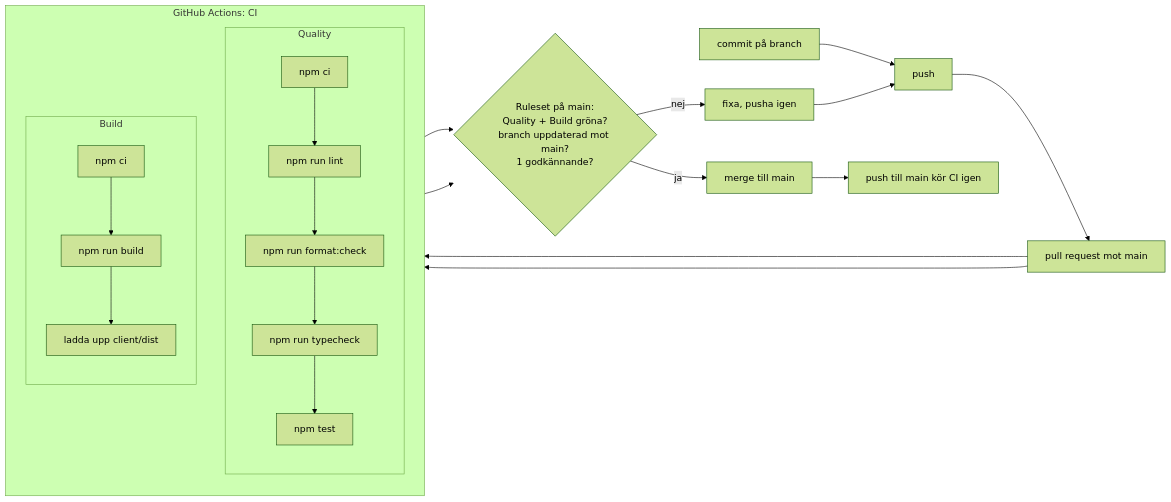
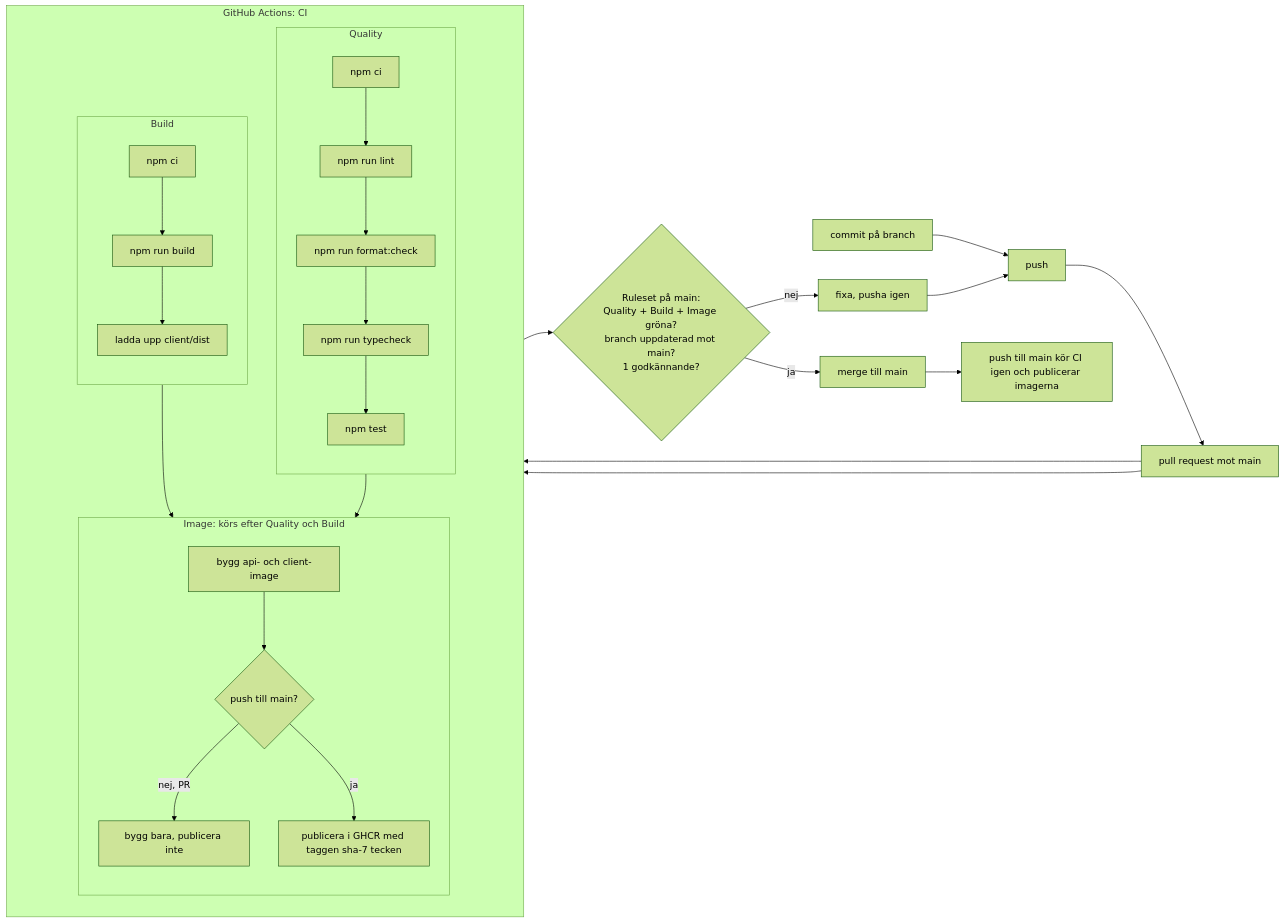
The diagram in docs/pipeline.md (andreasjosef/utpost), drawn with Mermaid (forest theme) before and after one commit. The commit also changed other lines of this file and 11 other files, not shown here.

First line of the commit message:
Feat/m4 graphql docker (#65)

````diff
--- a/docs/pipeline.md
+++ b/docs/pipeline.md
@@ -28,25 +28,32 @@
 ```mermaid
 flowchart LR
   B[commit på branch] --> P[push]
   P --> PR[pull request mot main]
 
   subgraph CI [GitHub Actions: CI]
     direction TB
     subgraph Q [Quality]
       direction TB
       Q1[npm ci] --> Q2[npm run lint] --> Q3[npm run format:check] --> Q5[npm run typecheck] --> Q4[npm test]
     end
     subgraph BU [Build]
       direction TB
       B1[npm ci] --> B2[npm run build] --> B3[ladda upp client/dist]
     end
+    subgraph IM [Image: körs efter Quality och Build]
+      direction TB
+      I1[bygg api- och client-image] --> I2{push till main?}
+      I2 -->|nej, PR| I3[bygg bara, publicera inte]
+      I2 -->|ja| I4[publicera i GHCR med taggen sha-7 tecken]
+    end
   end
 
   PR --> Q1
   PR --> B1
-  Q4 --> S{Ruleset på main:<br/>Quality + Build gröna?<br/>branch uppdaterad mot main?<br/>1 godkännande?}
-  B3 --> S
+  Q4 --> I1
+  B3 --> I1
+  I3 --> S{Ruleset på main:<br/>Quality + Build + Image gröna?<br/>branch uppdaterad mot main?<br/>1 godkännande?}
   S -->|nej| F[fixa, pusha igen] --> P
   S -->|ja| M[merge till main]
-  M --> MAIN[push till main kör CI igen]
+  M --> MAIN[push till main kör CI igen och publicerar imagerna]
 ```
````
